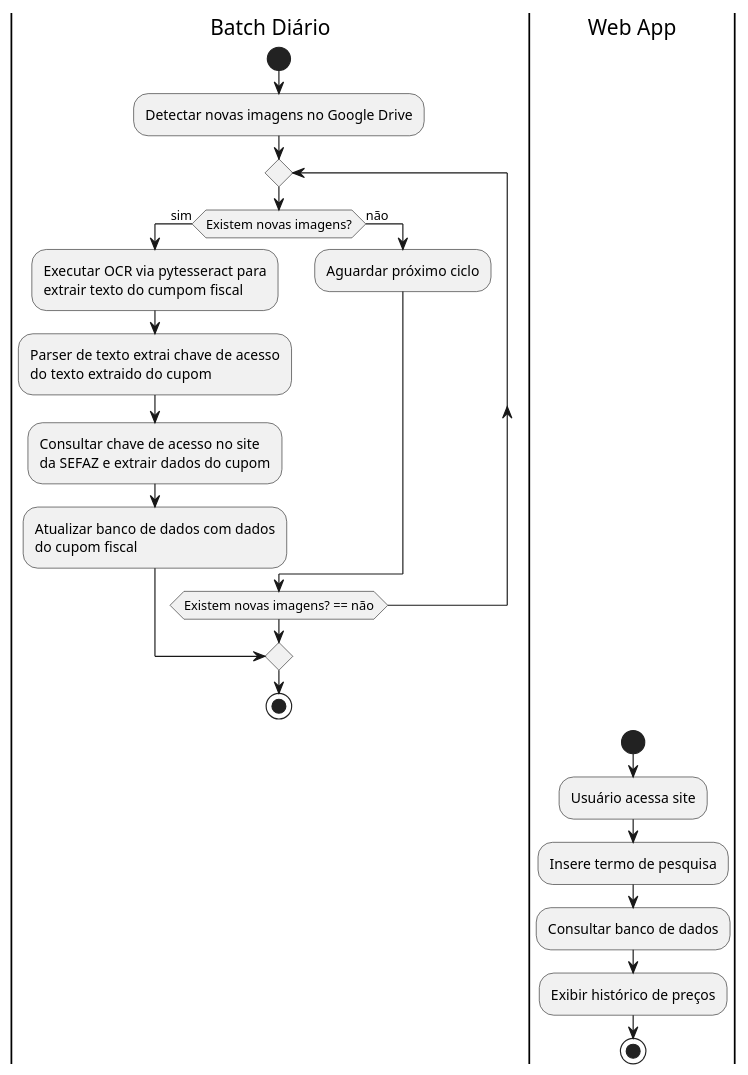
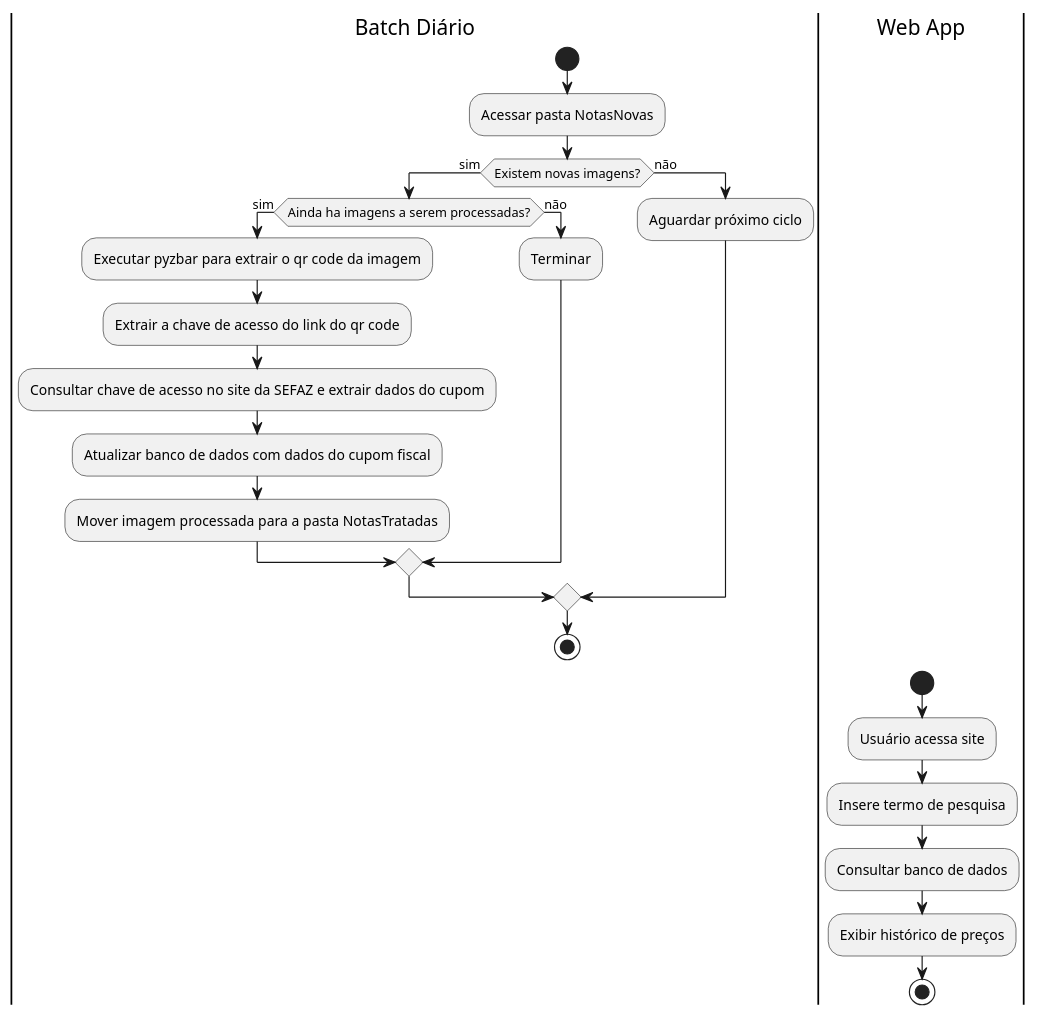
One commit to brunoropacheco/Historico_Mercado changed the diagram in docs/fluxograma.plantuml. Above: the diagram before and after it, drawn with PlantUML. The commit also changed 9 other files, not shown here.

```diff
--- a/docs/fluxograma.plantuml
+++ b/docs/fluxograma.plantuml
@@ -1,29 +1,27 @@
 @startuml fluxograma
 |Batch Diário|
 start
-:Detectar novas imagens no Google Drive;
-repeat
-  if (Existem novas imagens?) then (sim)
-    :Executar OCR via pytesseract para 
-    extrair texto do cumpom fiscal;
-    :Parser de texto extrai chave de acesso
-    do texto extraido do cupom;
-    :Consultar chave de acesso no site
-    da SEFAZ e extrair dados do cupom;
-    :Atualizar banco de dados com dados
-    do cupom fiscal;
-    break
+:Acessar pasta NotasNovas;
+if (Existem novas imagens?) then (sim)
+  if (Ainda ha imagens a serem processadas?) then (sim)
+    :Executar pyzbar para extrair o qr code da imagem;
+    :Extrair a chave de acesso do link do qr code;
+    :Consultar chave de acesso no site da SEFAZ e extrair dados do cupom;
+    :Atualizar banco de dados com dados do cupom fiscal;
+    :Mover imagem processada para a pasta NotasTratadas;
   else (não)
-    :Aguardar próximo ciclo;
+    :Terminar;
   endif
-repeat while (Existem novas imagens? == não)
+else (não)
+  :Aguardar próximo ciclo;
+endif
 stop
 
 |Web App|
 start
 :Usuário acessa site;
 :Insere termo de pesquisa;
 :Consultar banco de dados;
 :Exibir histórico de preços;
 stop
 @enduml
```
